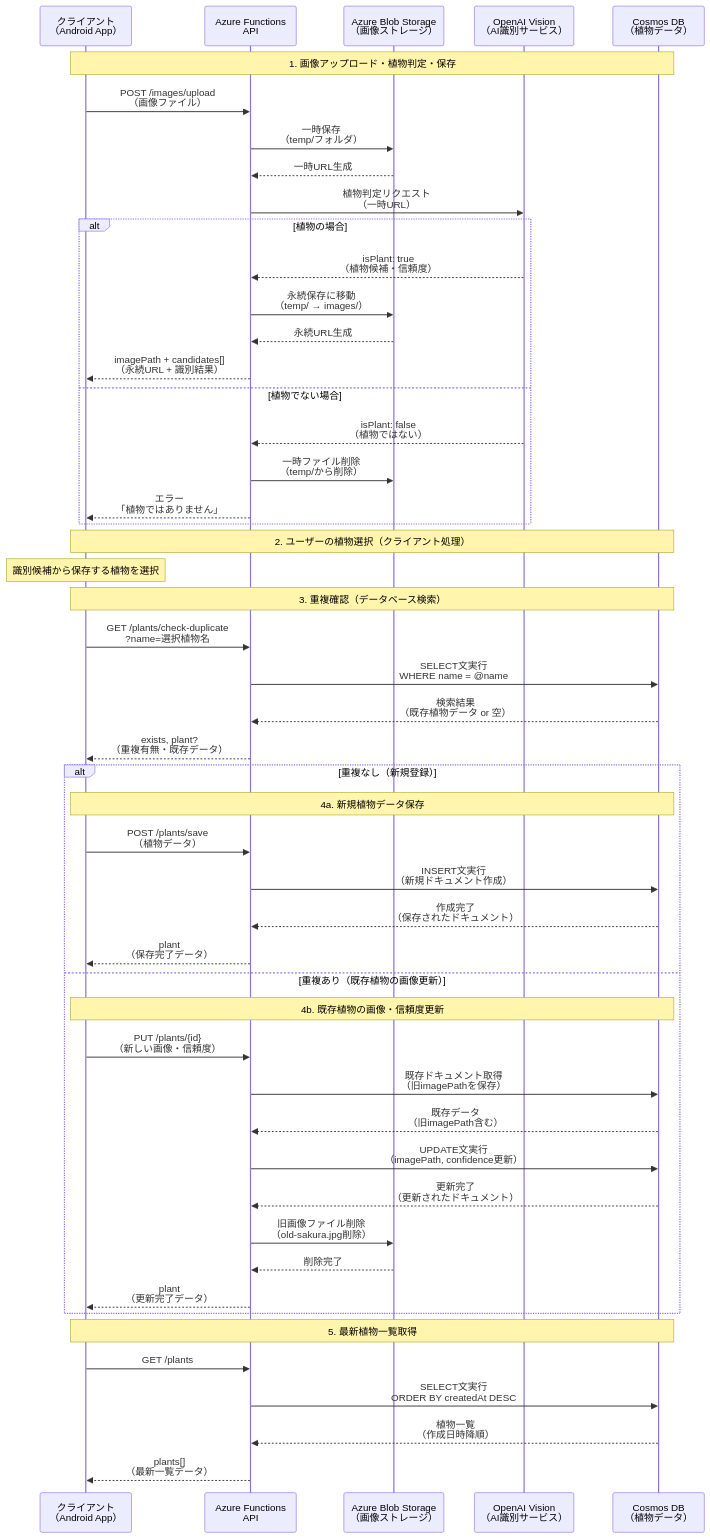
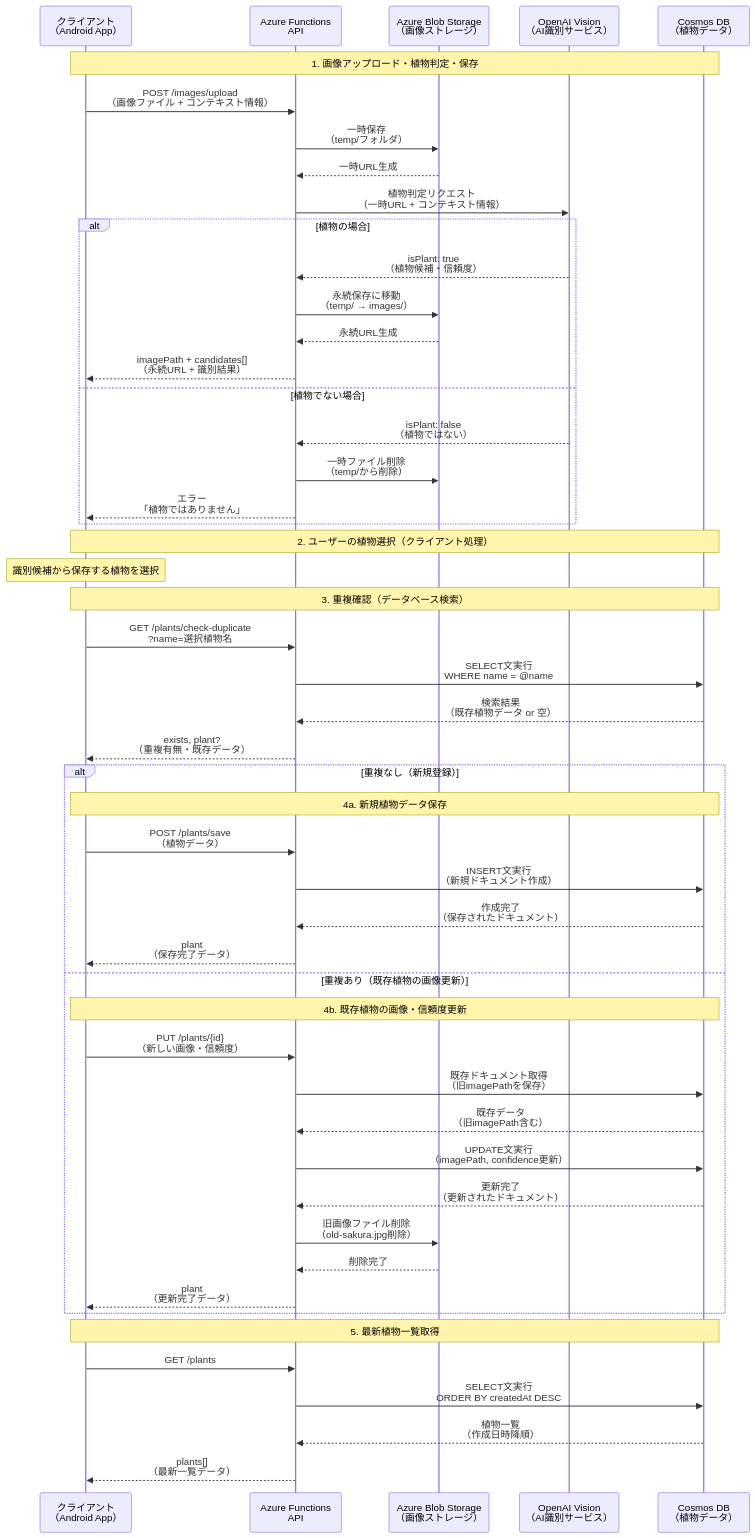
The first of 3 diagrams in docs/07_api_workflow.md (nmasashi/snaplant), drawn with Mermaid before and after one commit. The commit also changed other lines of this file and 13 other files, not shown here.

````diff
--- a/docs/07_api_workflow.md
+++ b/docs/07_api_workflow.md
@@ -12,58 +12,58 @@
 ```mermaid
 sequenceDiagram
     participant Client as クライアント<br/>（Android App）  
     participant API as Azure Functions<br/>API
     participant Blob as Azure Blob Storage<br/>（画像ストレージ）
     participant AI as OpenAI Vision<br/>（AI識別サービス）
     participant DB as Cosmos DB<br/>（植物データ）
 
     Note over Client,DB: 1. 画像アップロード・植物判定・保存
-    Client->>API: POST /images/upload<br/>（画像ファイル）
+    Client->>API: POST /images/upload<br/>（画像ファイル + コンテキスト情報）
     API->>Blob: 一時保存<br/>（temp/フォルダ）
     Blob-->>API: 一時URL生成
-    API->>AI: 植物判定リクエスト<br/>（一時URL）
+    API->>AI: 植物判定リクエスト<br/>（一時URL + コンテキスト情報）
     
     alt 植物の場合
         AI-->>API: isPlant: true<br/>（植物候補・信頼度）
         API->>Blob: 永続保存に移動<br/>（temp/ → images/）
         Blob-->>API: 永続URL生成
         API-->>Client: imagePath + candidates[]<br/>（永続URL + 識別結果）
     else 植物でない場合
         AI-->>API: isPlant: false<br/>（植物ではない）
         API->>Blob: 一時ファイル削除<br/>（temp/から削除）
         API-->>Client: エラー<br/>「植物ではありません」
     end
 
     Note over Client,DB: 2. ユーザーの植物選択（クライアント処理）
     Note over Client: 識別候補から保存する植物を選択
 
     Note over Client,DB: 3. 重複確認（データベース検索）
     Client->>API: GET /plants/check-duplicate<br/>?name=選択植物名
     API->>DB: SELECT文実行<br/>WHERE name = @name
     DB-->>API: 検索結果<br/>（既存植物データ or 空）
     API-->>Client: exists, plant?<br/>（重複有無・既存データ）
 
     alt 重複なし（新規登録）
         Note over Client,DB: 4a. 新規植物データ保存
         Client->>API: POST /plants/save<br/>（植物データ）
         API->>DB: INSERT文実行<br/>（新規ドキュメント作成）
         DB-->>API: 作成完了<br/>（保存されたドキュメント）
         API-->>Client: plant<br/>（保存完了データ）
     else 重複あり（既存植物の画像更新）
         Note over Client,DB: 4b. 既存植物の画像・信頼度更新
         Client->>API: PUT /plants/{id}<br/>（新しい画像・信頼度）
         API->>DB: 既存ドキュメント取得<br/>（旧imagePathを保存）
         DB-->>API: 既存データ<br/>（旧imagePath含む）
         API->>DB: UPDATE文実行<br/>（imagePath, confidence更新）
         DB-->>API: 更新完了<br/>（更新されたドキュメント）
         API->>Blob: 旧画像ファイル削除<br/>（old-sakura.jpg削除）
         Blob-->>API: 削除完了
         API-->>Client: plant<br/>（更新完了データ）
     end
 
     Note over Client,DB: 5. 最新植物一覧取得
     Client->>API: GET /plants
     API->>DB: SELECT文実行<br/>ORDER BY createdAt DESC
     DB-->>API: 植物一覧<br/>（作成日時降順）
     API-->>Client: plants[]<br/>（最新一覧データ）
 ```
````
